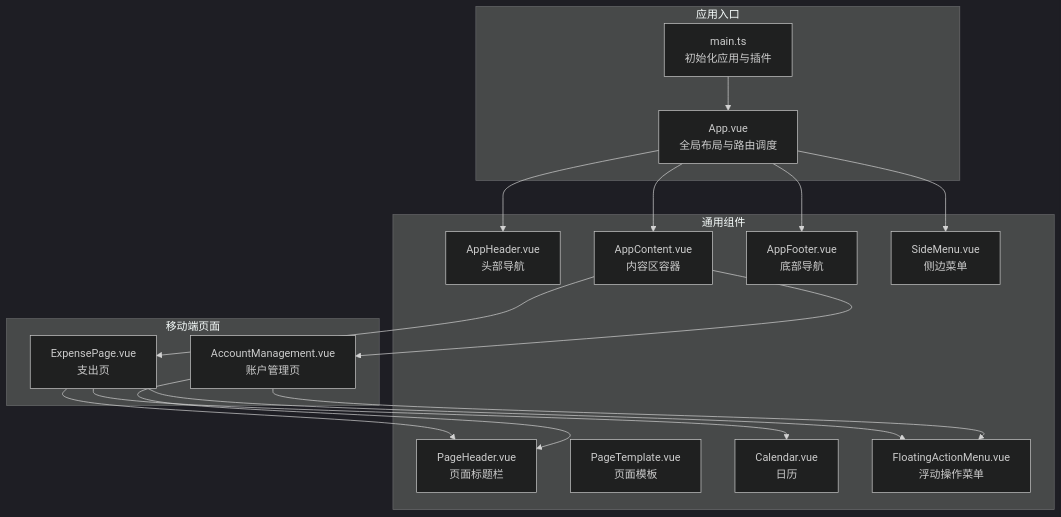
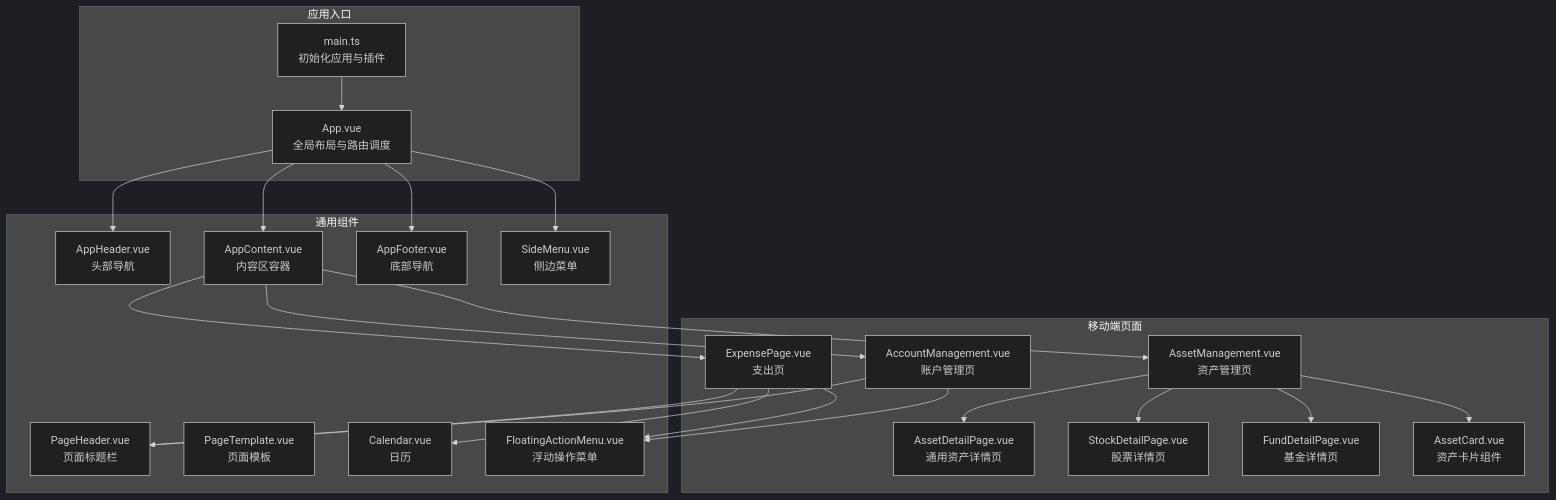
One commit to xiao-lin-unit/yuan changed the first of 12 diagrams in .qoder/repowiki/zh/content/UI组件/UI组件.md. Above: the diagram before and after it, drawn with Mermaid (dark theme). The commit also changed other lines of this file and 21 other files, not shown here.

````diff
--- a/.qoder/repowiki/zh/content/UI组件/UI组件.md
+++ b/.qoder/repowiki/zh/content/UI组件/UI组件.md
@@ -43,33 +56,43 @@
 ```mermaid
 graph TB
 subgraph "应用入口"
 MAIN["main.ts<br/>初始化应用与插件"]
 APP["App.vue<br/>全局布局与路由调度"]
 end
 subgraph "通用组件"
 HEADER["AppHeader.vue<br/>头部导航"]
 CONTENT["AppContent.vue<br/>内容区容器"]
 FOOTER["AppFooter.vue<br/>底部导航"]
 PHEADER["PageHeader.vue<br/>页面标题栏"]
 PTEMPLATE["PageTemplate.vue<br/>页面模板"]
 SIDEMENU["SideMenu.vue<br/>侧边菜单"]
 CALENDAR["Calendar.vue<br/>日历"]
 FAM["FloatingActionMenu.vue<br/>浮动操作菜单"]
 end
 subgraph "移动端页面"
 EXPENSE["ExpensePage.vue<br/>支出页"]
 ACCOUNT["AccountManagement.vue<br/>账户管理页"]
+ASSETDETAIL["AssetDetailPage.vue<br/>通用资产详情页"]
+STOCKDETAIL["StockDetailPage.vue<br/>股票详情页"]
+FUNDDETAIL["FundDetailPage.vue<br/>基金详情页"]
+ASSETMGMT["AssetManagement.vue<br/>资产管理页"]
+ASSETCARD["AssetCard.vue<br/>资产卡片组件"]
 end
 MAIN --> APP
 APP --> HEADER
 APP --> CONTENT
 APP --> FOOTER
 APP --> SIDEMENU
 CONTENT --> EXPENSE
 CONTENT --> ACCOUNT
+CONTENT --> ASSETMGMT
+ASSETMGMT --> ASSETCARD
+ASSETMGMT --> ASSETDETAIL
+ASSETMGMT --> STOCKDETAIL
+ASSETMGMT --> FUNDDETAIL
 EXPENSE --> PHEADER
 EXPENSE --> CALENDAR
 EXPENSE --> FAM
 ACCOUNT --> PHEADER
 ACCOUNT --> FAM
 ```
````
